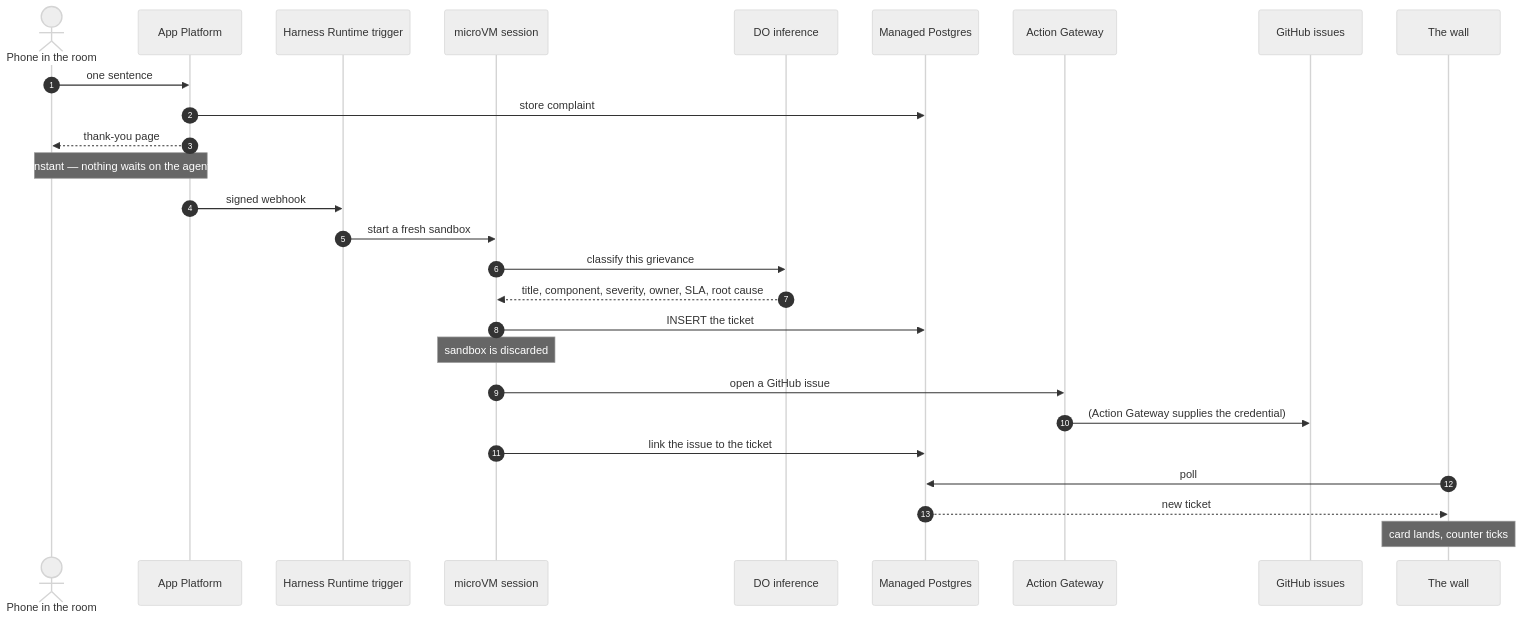
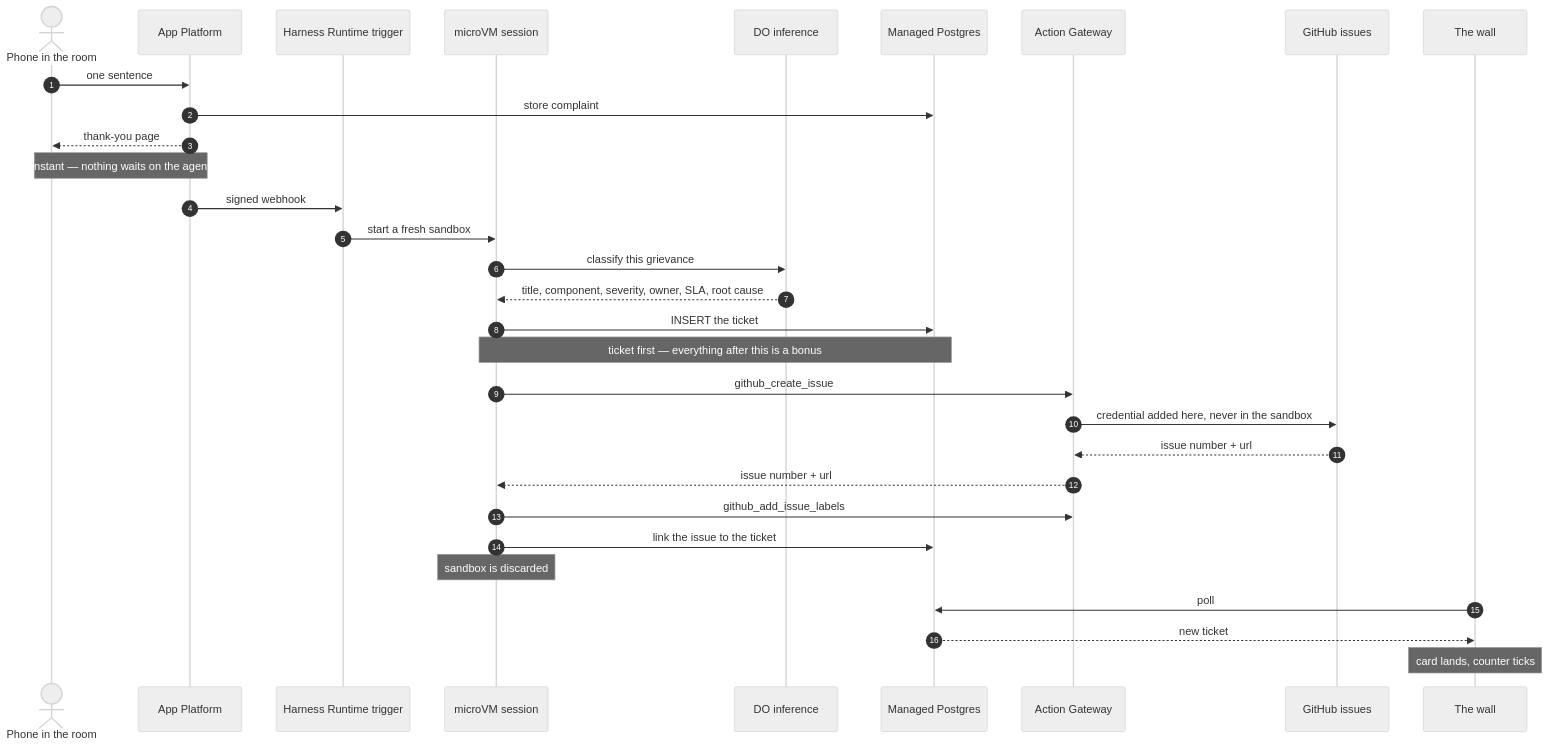
Before and after one commit to hgonzalez-do/facility_issue_demo: the first of 3 diagrams in README.md, drawn with Mermaid (neutral theme). The commit also changed other lines of this file and 1 other file, not shown here.

````diff
--- a/README.md
+++ b/README.md
@@ -22,33 +23,37 @@
 ```mermaid
 sequenceDiagram
     autonumber
     actor Guest as Phone in the room
     participant App as App Platform
     participant Trig as Harness Runtime trigger
     participant VM as microVM session
     participant Inf as DO inference
     participant PG as Managed Postgres
     participant AG as Action Gateway
     participant GH as GitHub issues
     participant Wall as The wall
 
     Guest->>App: one sentence
     App->>PG: store complaint
     App-->>Guest: thank-you page
     Note over App,Guest: instant — nothing waits on the agent
 
     App->>Trig: signed webhook
     Trig->>VM: start a fresh sandbox
     VM->>Inf: classify this grievance
     Inf-->>VM: title, component, severity, owner, SLA, root cause
     VM->>PG: INSERT the ticket
+    Note over VM,PG: ticket first — everything after this is a bonus
+
+    VM->>AG: github_create_issue
+    AG->>GH: credential added here, never in the sandbox
+    GH-->>AG: issue number + url
+    AG-->>VM: issue number + url
+    VM->>AG: github_add_issue_labels
+    VM->>PG: link the issue to the ticket
     Note over VM: sandbox is discarded
-
-    VM->>AG: open a GitHub issue
-    AG->>GH: (Action Gateway supplies the credential)
-    VM->>PG: link the issue to the ticket
 
     Wall->>PG: poll
     PG-->>Wall: new ticket
     Note over Wall: card lands, counter ticks
 ```
````
